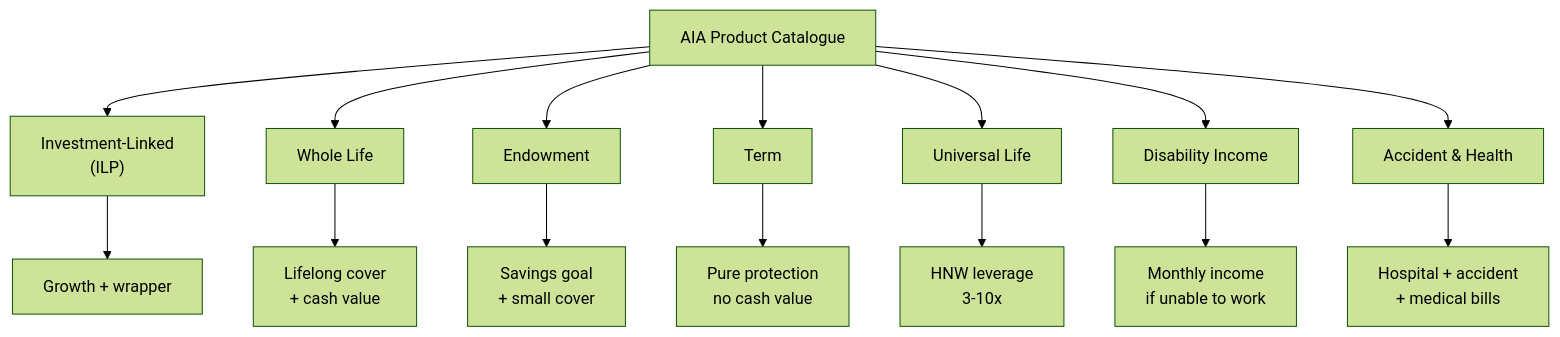
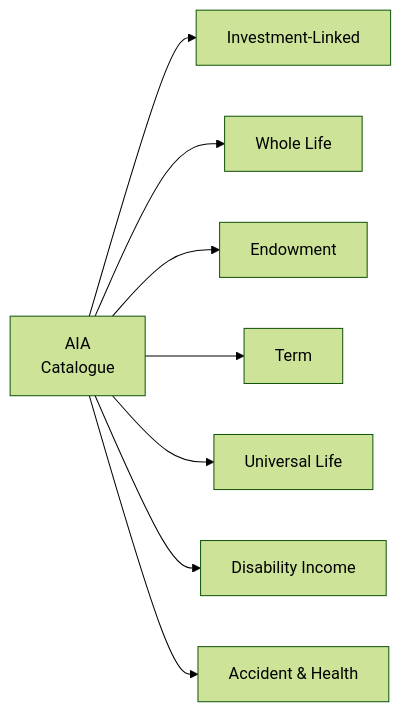
Before and after one commit to leotansingapore/aia-product-compass-hub: the first of 2 diagrams in docs/first-60-days/week-10/day-55.md, drawn with Mermaid (forest theme). The commit also changed 6 other files, not shown here.

Commit message:
Day 25, 37, 39, 44, 45, 50, 55 charts now flow horizontally with trimmed labels — taller TD chains and over-decorated nodes simplified

````diff
--- a/docs/first-60-days/week-10/day-55.md
+++ b/docs/first-60-days/week-10/day-55.md
@@ -42,18 +42,10 @@
 ```mermaid
-flowchart TD
-    A["AIA Product Catalogue"]
-    A --> B["Investment-Linked<br/>(ILP)"]
+flowchart LR
+    A["AIA<br/>Catalogue"] --> B["Investment-Linked"]
     A --> C["Whole Life"]
     A --> D["Endowment"]
     A --> E["Term"]
     A --> F["Universal Life"]
     A --> G["Disability Income"]
     A --> H["Accident & Health"]
-    B --> B1["Growth + wrapper"]
-    C --> C1["Lifelong cover<br/>+ cash value"]
-    D --> D1["Savings goal<br/>+ small cover"]
-    E --> E1["Pure protection<br/>no cash value"]
-    F --> F1["HNW leverage<br/>3-10x"]
-    G --> G1["Monthly income<br/>if unable to work"]
-    H --> H1["Hospital + accident<br/>+ medical bills"]
 ```
````
